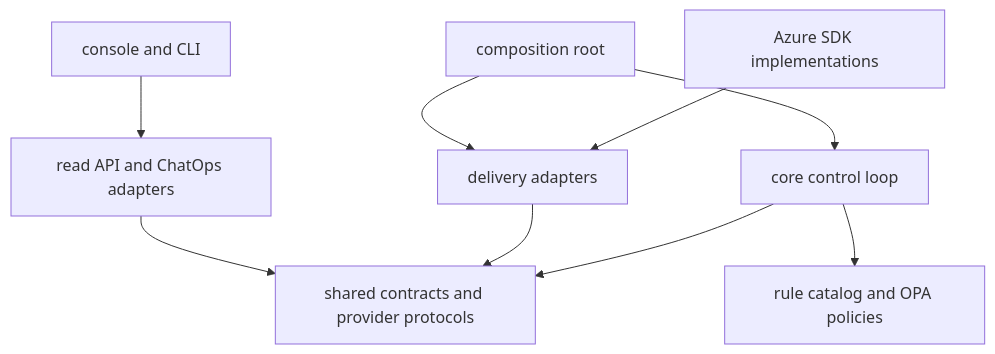
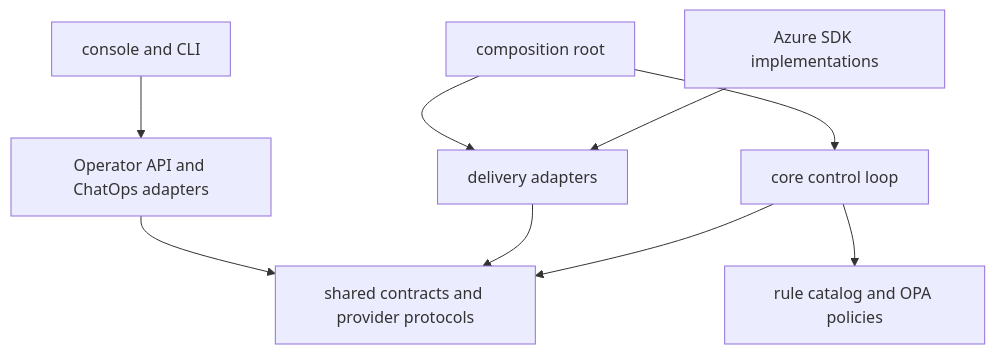
One commit to dotnetpower/fdai changed the third of 3 diagrams in docs/user-guide/architecture.md. Above: the diagram before and after it, drawn with Mermaid. The commit also changed other lines of this file and 1094 other files, not shown here.

Commit message:
refactor(operator-api): rename console backend surface

````diff
--- a/docs/user-guide/architecture.md
+++ b/docs/user-guide/architecture.md
@@ -313,11 +313,11 @@
 ```mermaid
 flowchart TB
-  UI[console and CLI] --> API[read API and ChatOps adapters]
+  UI[console and CLI] --> API[Operator API and ChatOps adapters]
   API --> CONTRACTS[shared contracts and provider protocols]
   DELIVERY[delivery adapters] --> CONTRACTS
   CORE[core control loop] --> CONTRACTS
   CORE --> CATALOG[rule catalog and OPA policies]
   COMPOSE[composition root] --> CORE
   COMPOSE --> DELIVERY
   AZURE[Azure SDK implementations] --> DELIVERY
 ```
````
